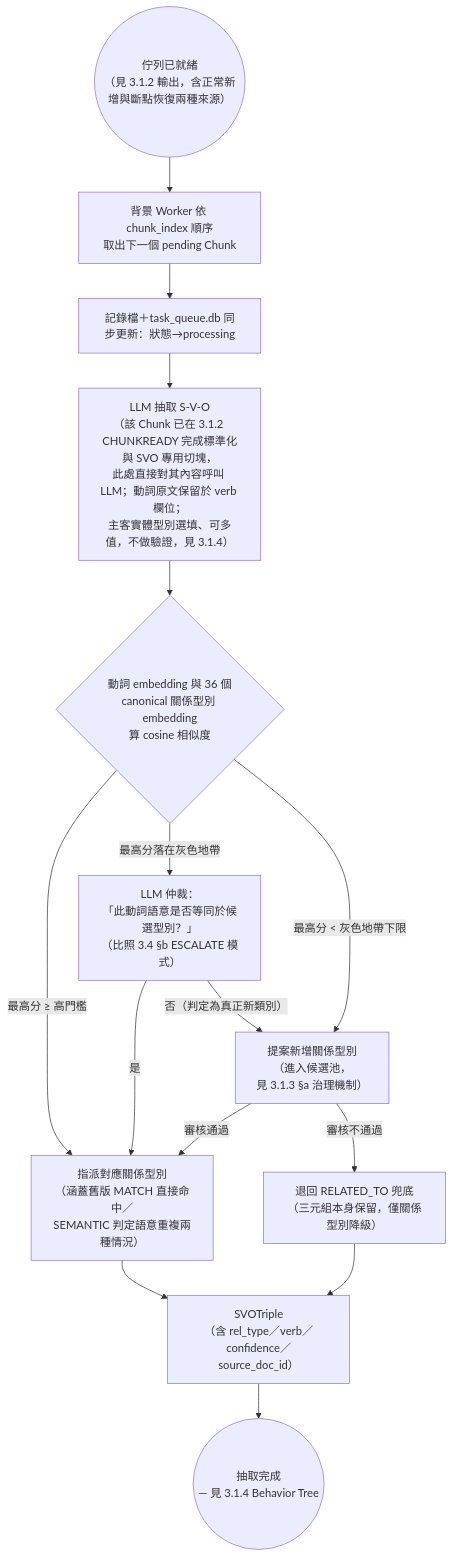
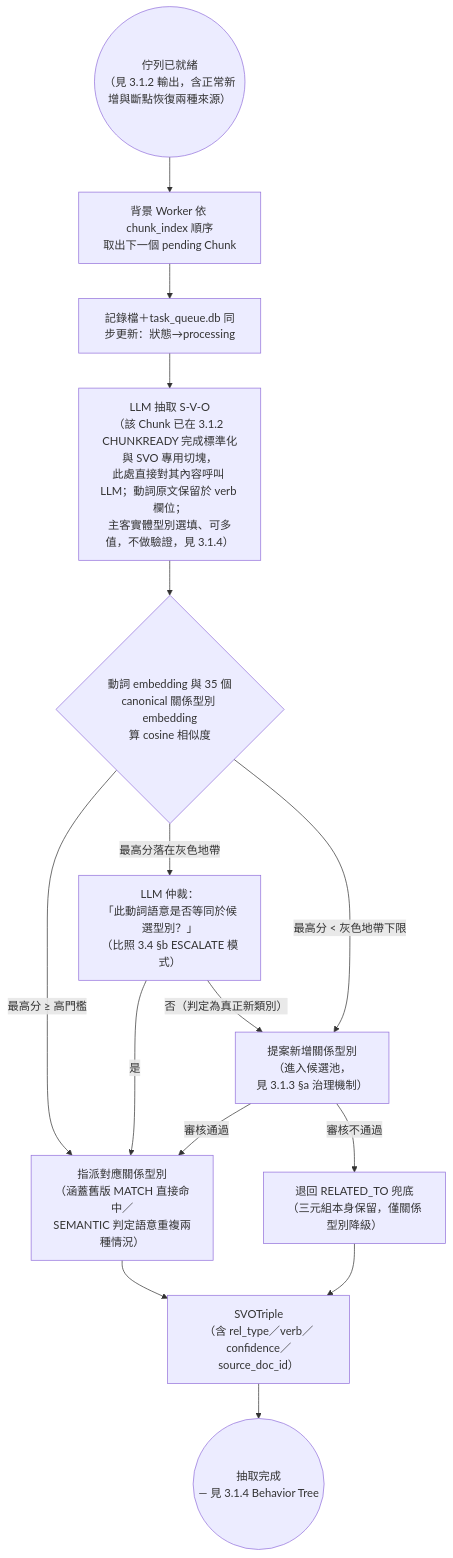
One commit to Chester930/world-knowledge-graph-rag changed the fifth of 15 diagrams in docs/論文/03_系統設計與方法論.md. Above: the diagram before and after it, drawn with Mermaid.

Commit message:
docs(thesis): 修正 3.1.3 主圖 mermaid 節點殘留的「36 個」關係型別文字
漏改的一處，訂正為查證確認的 35 個（ConceptNet 5.5 核心關係實際列出數）。

````diff
--- a/docs/論文/03_系統設計與方法論.md
+++ b/docs/論文/03_系統設計與方法論.md
@@ -231,17 +231,17 @@
 ```mermaid
 flowchart TD
     READY2(("佇列已就緒<br/>（見 3.1.2 輸出，含正常新增與斷點恢復兩種來源）")) --> WORKER["背景 Worker 依 chunk_index 順序<br/>取出下一個 pending Chunk"]
     WORKER --> PROC["記錄檔＋task_queue.db 同步更新：狀態→processing"]
     PROC --> LLM_SVO["LLM 抽取 S-V-O<br/>（該 Chunk 已在 3.1.2 CHUNKREADY 完成標準化與 SVO 專用切塊，<br/>此處直接對其內容呼叫 LLM；動詞原文保留於 verb 欄位；<br/>主客實體型別選填、可多值，不做驗證，見 3.1.4）"]
-    LLM_SVO --> SIM{"動詞 embedding 與 36 個<br/>canonical 關係型別 embedding<br/>算 cosine 相似度"}
+    LLM_SVO --> SIM{"動詞 embedding 與 35 個<br/>canonical 關係型別 embedding<br/>算 cosine 相似度"}
     SIM -->|"最高分 ≥ 高門檻"| ASSIGN["指派對應關係型別<br/>（涵蓋舊版 MATCH 直接命中／<br/>SEMANTIC 判定語意重複兩種情況）"]
     SIM -->|"最高分落在灰色地帶"| ESCALATE3["LLM 仲裁：<br/>「此動詞語意是否等同於候選型別？」<br/>（比照 3.4 §b ESCALATE 模式）"]
     ESCALATE3 -->|是| ASSIGN
     ESCALATE3 -->|"否（判定為真正新類別）"| EXPAND["提案新增關係型別<br/>（進入候選池，<br/>見 3.1.3 §a 治理機制）"]
     SIM -->|"最高分 < 灰色地帶下限"| EXPAND
     EXPAND -->|審核不通過| REJECT["退回 RELATED_TO 兜底<br/>（三元組本身保留，僅關係型別降級）"]
     EXPAND -->|審核通過| ASSIGN
     ASSIGN --> TRIPLE["SVOTriple<br/>（含 rel_type／verb／confidence／source_doc_id）"]
     REJECT --> TRIPLE
     TRIPLE --> HANDOFF3(("抽取完成<br/>— 見 3.1.4 Behavior Tree"))
 ```
````
